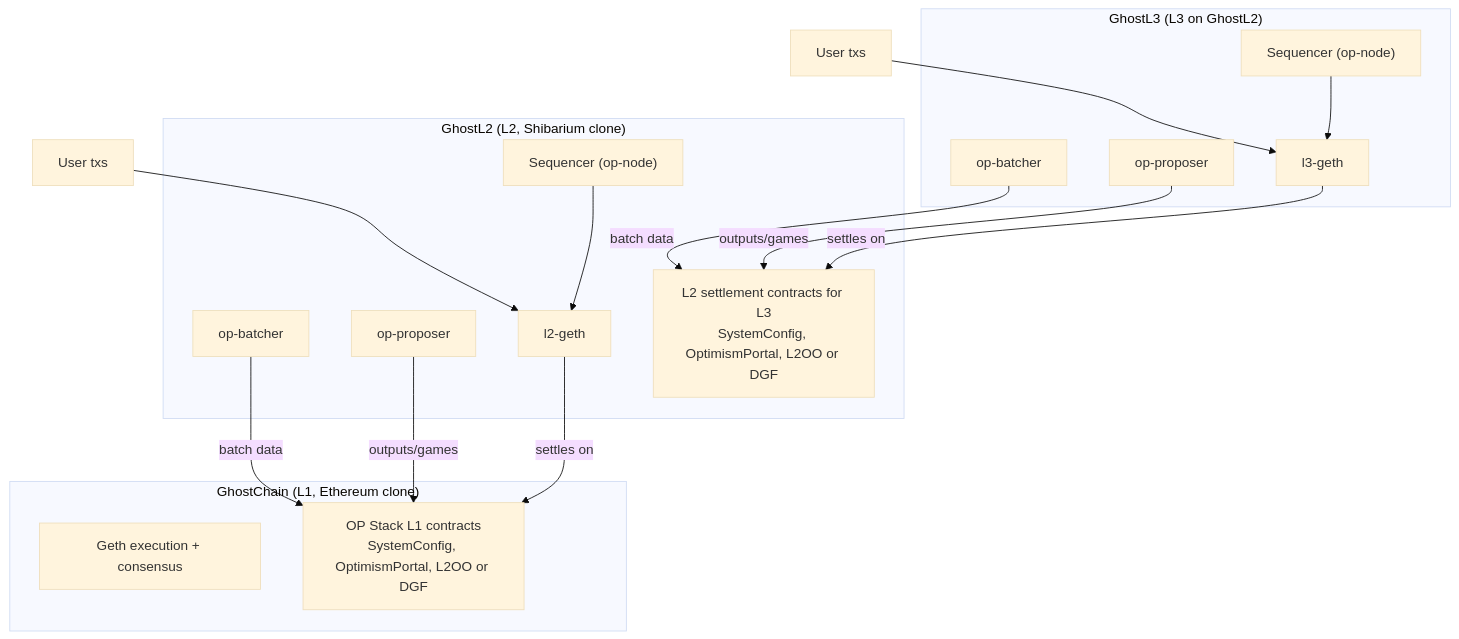
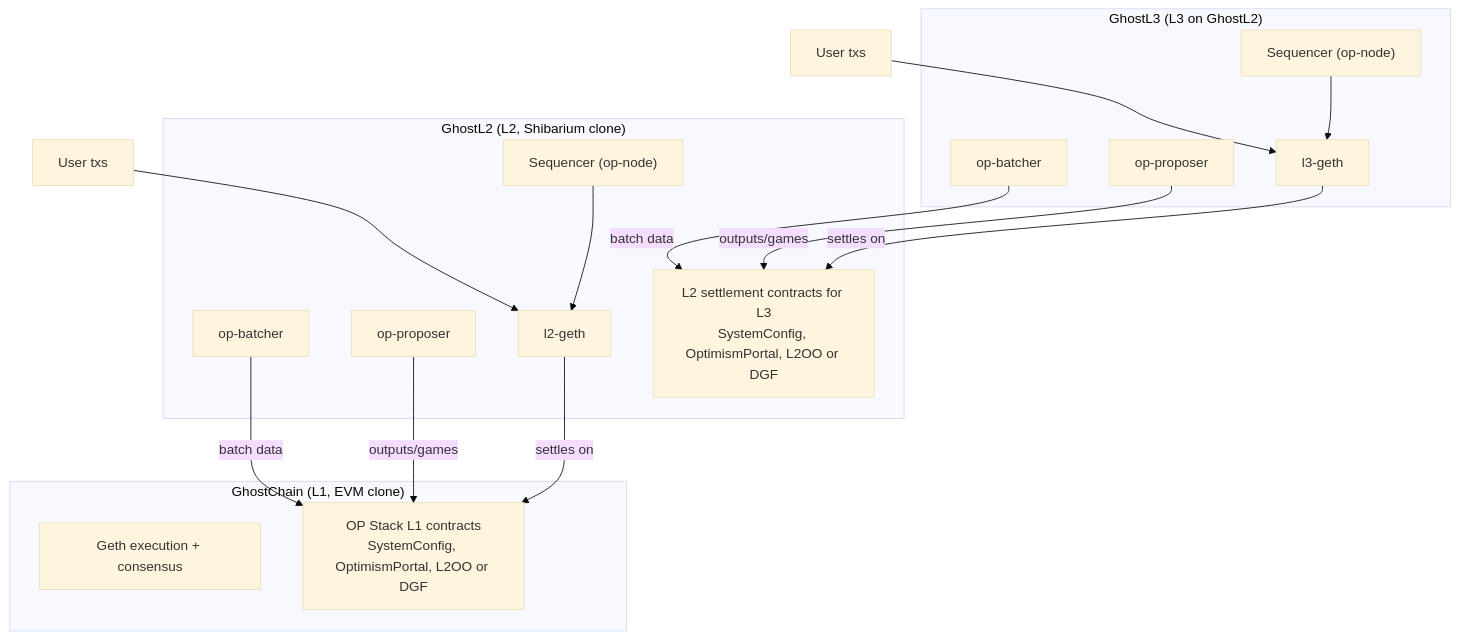
One commit to ghostchain1/ghostl-stack changed the diagram in docs/ghostchain-architecture.md. Above: the diagram before and after it, drawn with Mermaid (base theme). The commit also changed other lines of this file and 24 other files, not shown here.

````diff
--- a/docs/ghostchain-architecture.md
+++ b/docs/ghostchain-architecture.md
@@ -42,37 +42,37 @@
 ```mermaid
 flowchart TD
-  subgraph L1["GhostChain (L1, Ethereum clone)"]
+  subgraph L1["GhostChain (L1, EVM clone)"]
     L1Exec["Geth execution + consensus"]
     L1Contracts["OP Stack L1 contracts<br/>SystemConfig, OptimismPortal, L2OO or DGF"]
   end
 
   subgraph L2["GhostL2 (L2, Shibarium clone)"]
     L2Seq["Sequencer (op-node)"]
     L2Exec["l2-geth"]
     L2Batcher["op-batcher"]
     L2Proposer["op-proposer"]
     L2Contracts["L2 settlement contracts for L3<br/>SystemConfig, OptimismPortal, L2OO or DGF"]
   end
 
   subgraph L3["GhostL3 (L3 on GhostL2)"]
     L3Seq["Sequencer (op-node)"]
     L3Exec["l3-geth"]
     L3Batcher["op-batcher"]
     L3Proposer["op-proposer"]
   end
 
   UserL2["User txs"] --> L2Exec
   UserL3["User txs"] --> L3Exec
 
   L2Seq --> L2Exec
   L3Seq --> L3Exec
 
   L2Batcher -->|batch data| L1Contracts
   L2Proposer -->|outputs/games| L1Contracts
 
   L3Batcher -->|batch data| L2Contracts
   L3Proposer -->|outputs/games| L2Contracts
 
   L2Exec -->|settles on| L1Contracts
   L3Exec -->|settles on| L2Contracts
 ```
````
